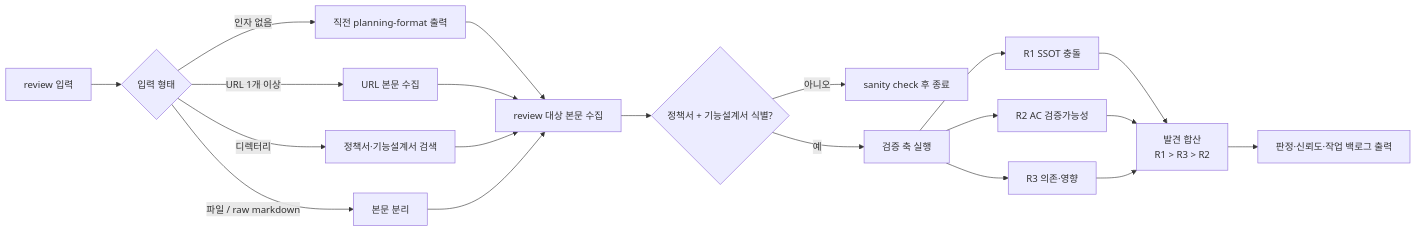
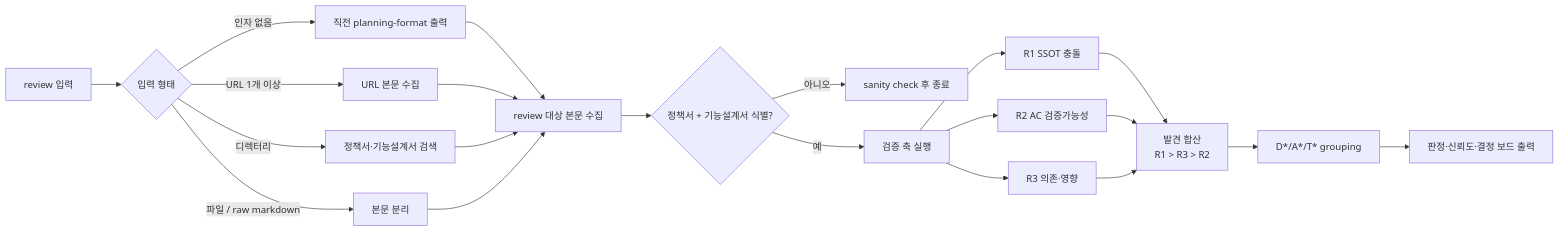
The third of 7 diagrams in planning-kit/docs/planning-kit-workflow-guide.md (inkwonjung-colosseum/plugins), drawn with Mermaid before and after one commit. The commit also changed other lines of this file and 33 other files, not shown here.

````diff
--- a/planning-kit/docs/planning-kit-workflow-guide.md
+++ b/planning-kit/docs/planning-kit-workflow-guide.md
@@ -134,26 +139,27 @@
 ```mermaid
 flowchart LR
   A["review 입력"] --> B{"입력 형태"}
   B -->|"인자 없음"| C["직전 planning-format 출력"]
   B -->|"URL 1개 이상"| D["URL 본문 수집"]
   B -->|"디렉터리"| E["정책서·기능설계서 검색"]
   B -->|"파일 / raw markdown"| F["본문 분리"]
 
   C --> G["review 대상 본문 수집"]
   D --> G
   E --> G
   F --> G
 
   G --> H{"정책서 + 기능설계서 식별?"}
   H -->|"아니오"| X["sanity check 후 종료"]
   H -->|"예"| I["검증 축 실행"]
 
   I --> J["R1 SSOT 충돌"]
   I --> K["R2 AC 검증가능성"]
   I --> L["R3 의존·영향"]
 
   J --> M["발견 합산<br/>R1 > R3 > R2"]
   K --> M
   L --> M
-  M --> N["판정·신뢰도·작업 백로그 출력"]
+  M --> N["D*/A*/T* grouping"]
+  N --> O["판정·신뢰도·결정 보드 출력"]
 ```
````
